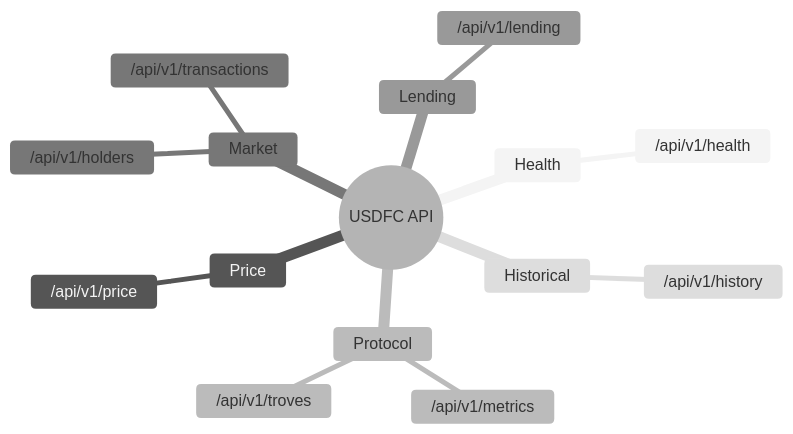
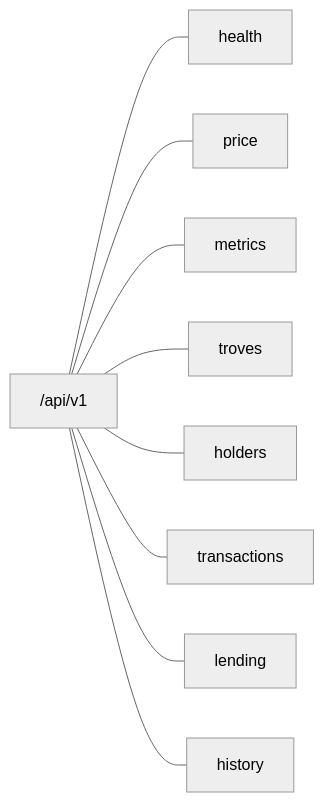
Before and after one commit to symulacr/usdfc-terminal: the third of 3 diagrams in README.md, drawn with Mermaid. The commit also changed other lines of this file, not shown here.

Commit message:
reorganize diagrams with cleaner positioning

````diff
--- a/README.md
+++ b/README.md
@@ -110,19 +109,14 @@
 ```mermaid
 %%{init: {'theme': 'neutral'}}%%
-mindmap
-  root((USDFC API))
-    Health
-      /api/v1/health
-    Price
-      /api/v1/price
-    Protocol
-      /api/v1/metrics
-      /api/v1/troves
-    Market
-      /api/v1/holders
-      /api/v1/transactions
-    Lending
-      /api/v1/lending
-    Historical
-      /api/v1/history
+flowchart LR
+    api["/api/v1"]
+
+    api --- h[health]
+    api --- p[price]
+    api --- m[metrics]
+    api --- t[troves]
+    api --- ho[holders]
+    api --- tx[transactions]
+    api --- l[lending]
+    api --- hi[history]
 ```
````
